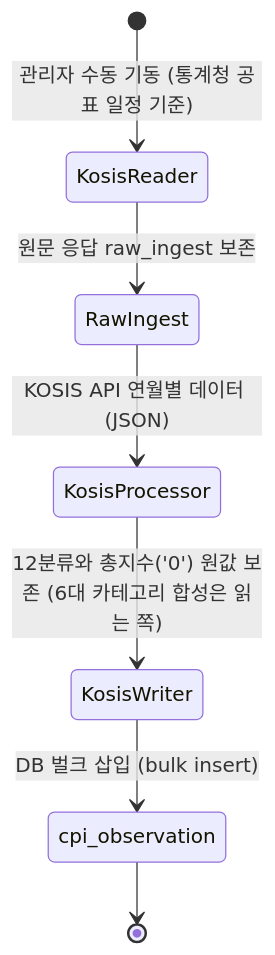
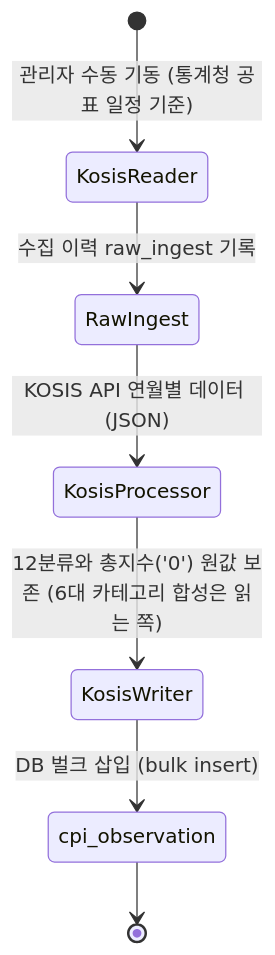
One commit to SeoHyeokGyu/Carix changed the second of 5 diagrams in docs/specs/data-architecture.md. Above: the diagram before and after it, drawn with Mermaid. The commit also changed other lines of this file and 5 other files, not shown here.

````diff
--- a/docs/specs/data-architecture.md
+++ b/docs/specs/data-architecture.md
@@ -354,9 +353,9 @@
 ```mermaid
 stateDiagram-v2
     [*] --> KosisReader : 관리자 수동 기동 (통계청 공표 일정 기준)
-    KosisReader --> RawIngest : 원문 응답 raw_ingest 보존
+    KosisReader --> RawIngest : 수집 이력 raw_ingest 기록
     RawIngest --> KosisProcessor : KOSIS API 연월별 데이터 (JSON)
     KosisProcessor --> KosisWriter : 12분류와 총지수('0') 원값 보존 (6대 카테고리 합성은 읽는 쪽)
     KosisWriter --> cpi_observation : DB 벌크 삽입 (bulk insert)
     cpi_observation --> [*]
 ```
````
